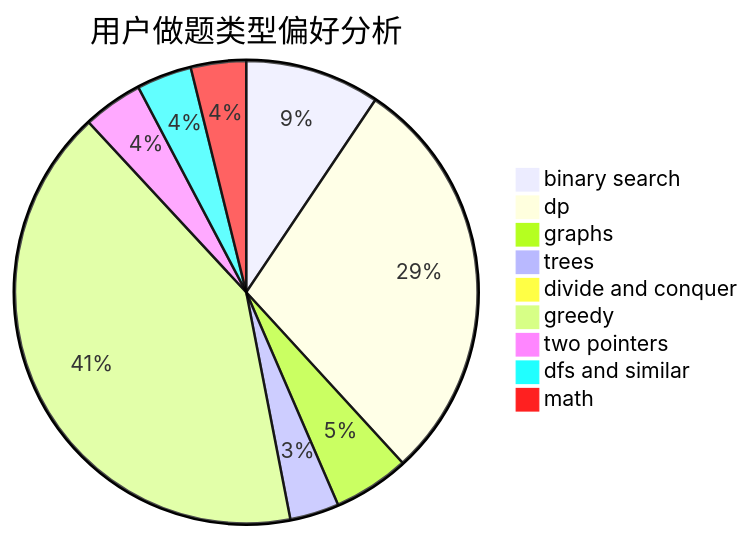
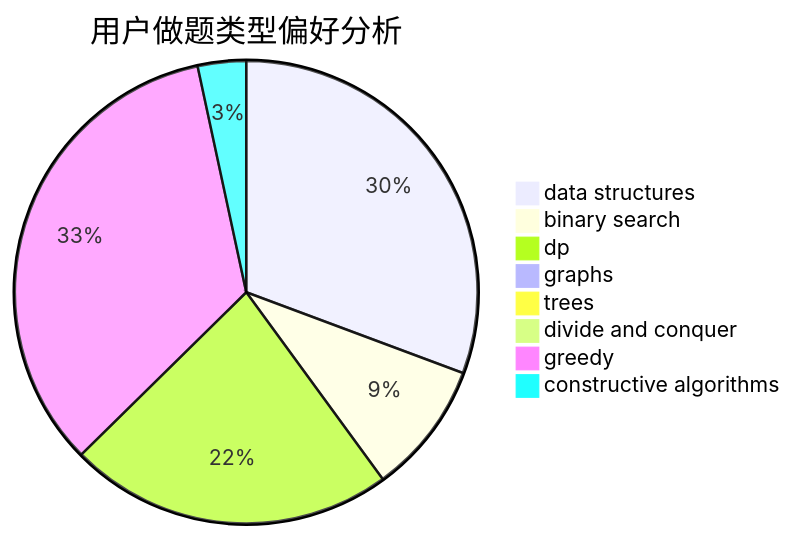
The second of 3 diagrams in docs/user/u2132.md (sherpahu/cfrs.github.io), drawn with Mermaid before and after one commit. The commit also changed other lines of this file and 2775 other files, not shown here.

````diff
--- a/docs/user/u2132.md
+++ b/docs/user/u2132.md
@@ -23,12 +23,11 @@
 ```mermaid
 pie title 用户做题类型偏好分析
-    "binary search" :  200
-    "dp" :  612
-    "graphs" :  113
-    "trees" :  73
-    "divide and conquer" :  18
-    "greedy" :  875
-    "two pointers" :  89
-    "dfs and similar" :  82
-    "math" :  82
+    "data structures" :  582
+    "binary search" :  176
+    "dp" :  430
+    "graphs" :  13
+    "trees" :  11
+    "divide and conquer" :  8
+    "greedy" :  645
+    "constructive algorithms" :  64
 ```
````
